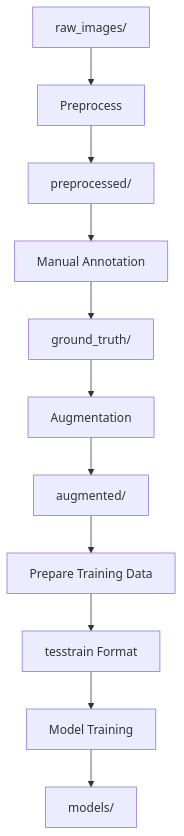
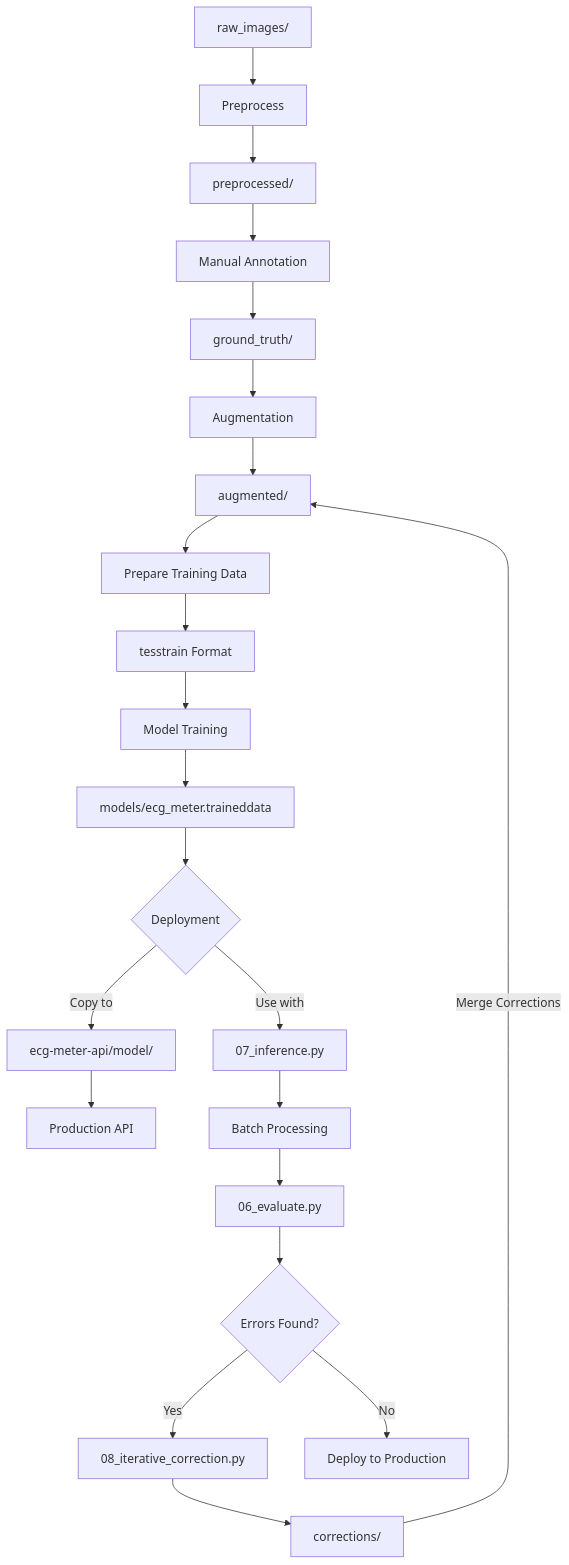
The diagram in docs/training.md (purplegeminii/ECG_OCR), drawn with Mermaid before and after one commit. The commit also changed other lines of this file and 8 other files, not shown here.

First line of the commit message:
Add iterative correction workflow and docs

````diff
--- a/docs/training.md
+++ b/docs/training.md
@@ -4,18 +4,32 @@
 ```mermaid
 flowchart TD
 
     A[raw_images/] --> B[Preprocess]
     B --> C[preprocessed/]
 
     C --> D[Manual Annotation]
     D --> E[ground_truth/]
 
     E --> F[Augmentation]
     F --> G[augmented/]
 
     G --> H[Prepare Training Data]
     H --> I[tesstrain Format]
 
     I --> J[Model Training]
-    J --> K[models/]
+    J --> K[models/ecg_meter.traineddata]
+    
+    K --> L{Deployment}
+    L -->|Copy to| M[ecg-meter-api/model/]
+    L -->|Use with| N[07_inference.py]
+    
+    M --> O[Production API]
+    N --> P[Batch Processing]
+    
+    P --> Q[06_evaluate.py]
+    Q --> R{Errors Found?}
+    R -->|Yes| S[08_iterative_correction.py]
+    S --> T[corrections/]
+    T -->|Merge Corrections| G
+    R -->|No| U[Deploy to Production]
 ```
````
